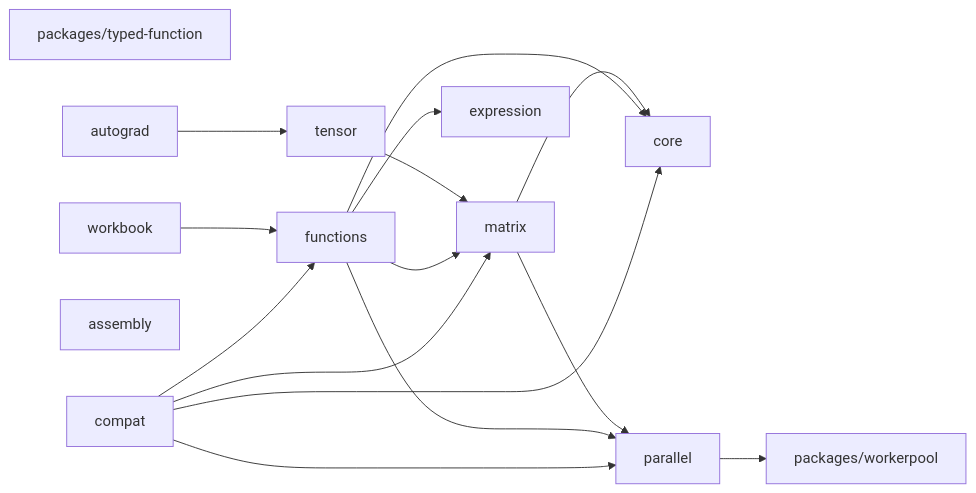
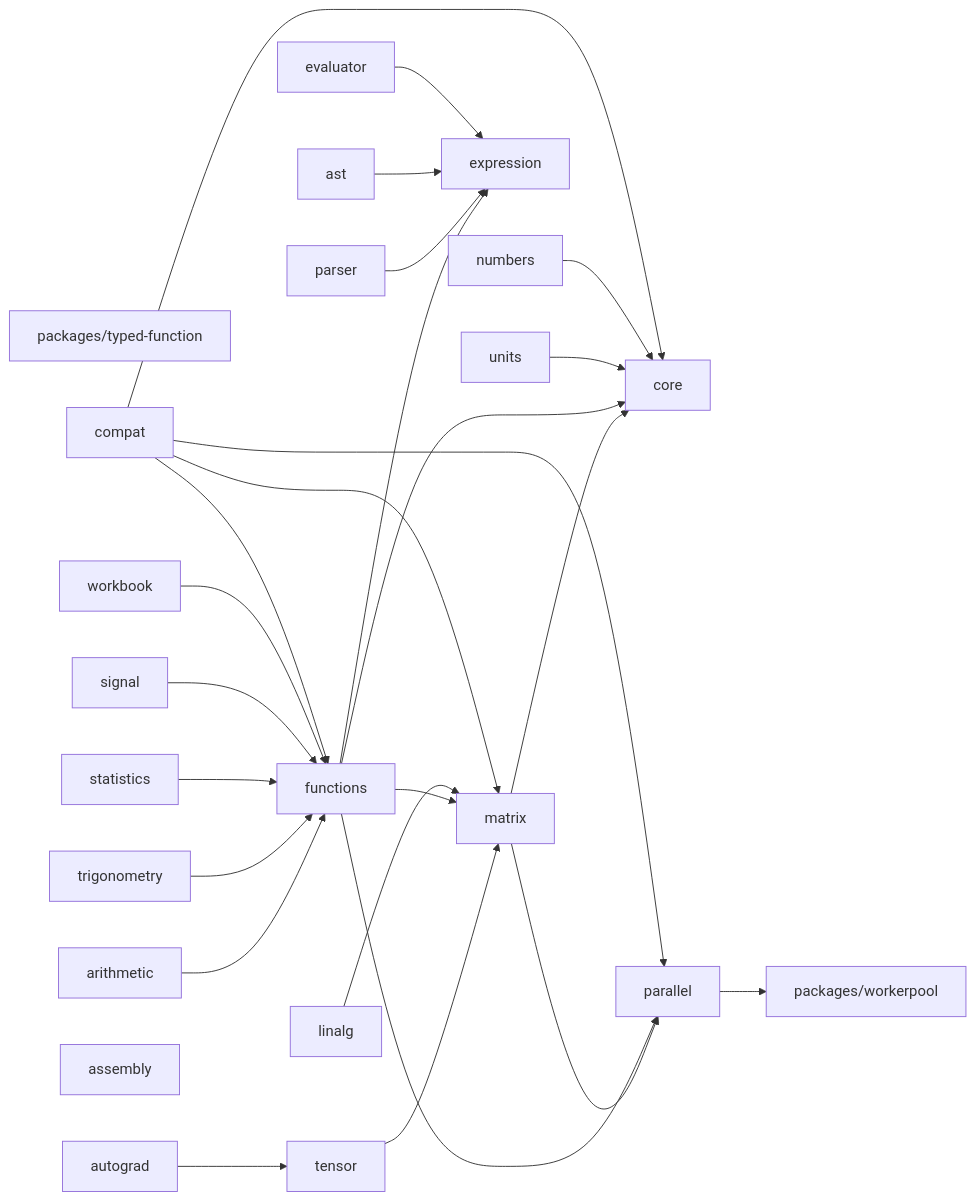
The first of 2 diagrams in docs/Architecture/DEPENDENCY_GRAPH.md (danielsimonjr/MathTS), drawn with Mermaid before and after one commit. The commit also changed other lines of this file and 7 other files, not shown here.

First line of the commit message:
docs: regenerate dependency graph + refresh stale package docs (22 packages)

````diff
--- a/docs/Architecture/DEPENDENCY_GRAPH.md
+++ b/docs/Architecture/DEPENDENCY_GRAPH.md
@@ -166,29 +196,49 @@
 ```mermaid
 graph LR
     P0[packages/typed-function]
     P1[packages/workerpool]
     P2[core]
     P3[matrix]
     P4[tensor]
     P5[autograd]
     P6[functions]
     P7[expression]
-    P8[parallel]
-    P9[workbook]
-    P10[assembly]
-    P11[compat]
-    P3 --> P8
+    P8[parser]
+    P9[units]
+    P10[numbers]
+    P11[ast]
+    P12[evaluator]
+    P13[linalg]
+    P14[arithmetic]
+    P15[trigonometry]
+    P16[statistics]
+    P17[signal]
+    P18[parallel]
+    P19[workbook]
+    P20[assembly]
+    P21[compat]
+    P3 --> P18
     P3 --> P2
     P4 --> P3
     P5 --> P4
     P6 --> P7
     P6 --> P2
     P6 --> P3
-    P6 --> P8
-    P8 --> P1
-    P9 --> P6
-    P11 --> P6
-    P11 --> P2
-    P11 --> P3
-    P11 --> P8
+    P6 --> P18
+    P8 --> P7
+    P9 --> P2
+    P10 --> P2
+    P11 --> P7
+    P12 --> P7
+    P13 --> P3
+    P14 --> P6
+    P15 --> P6
+    P16 --> P6
+    P17 --> P6
+    P18 --> P1
+    P19 --> P6
+    P21 --> P6
+    P21 --> P2
+    P21 --> P3
+    P21 --> P18
 ```
````
